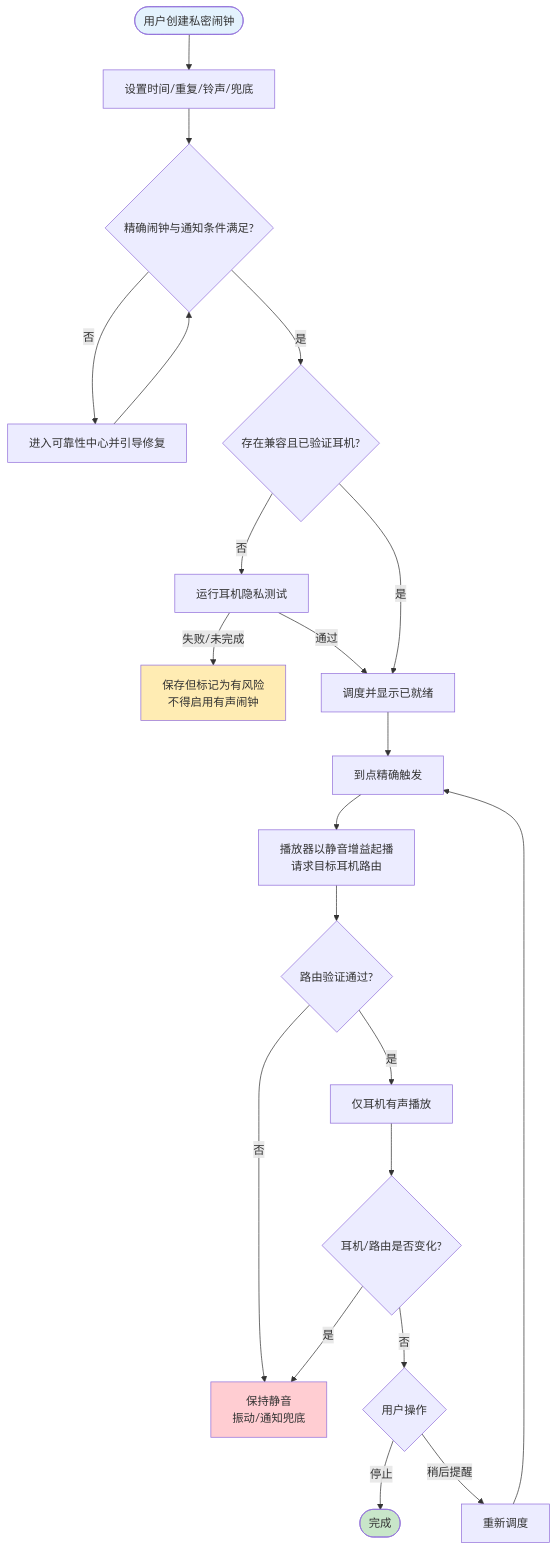
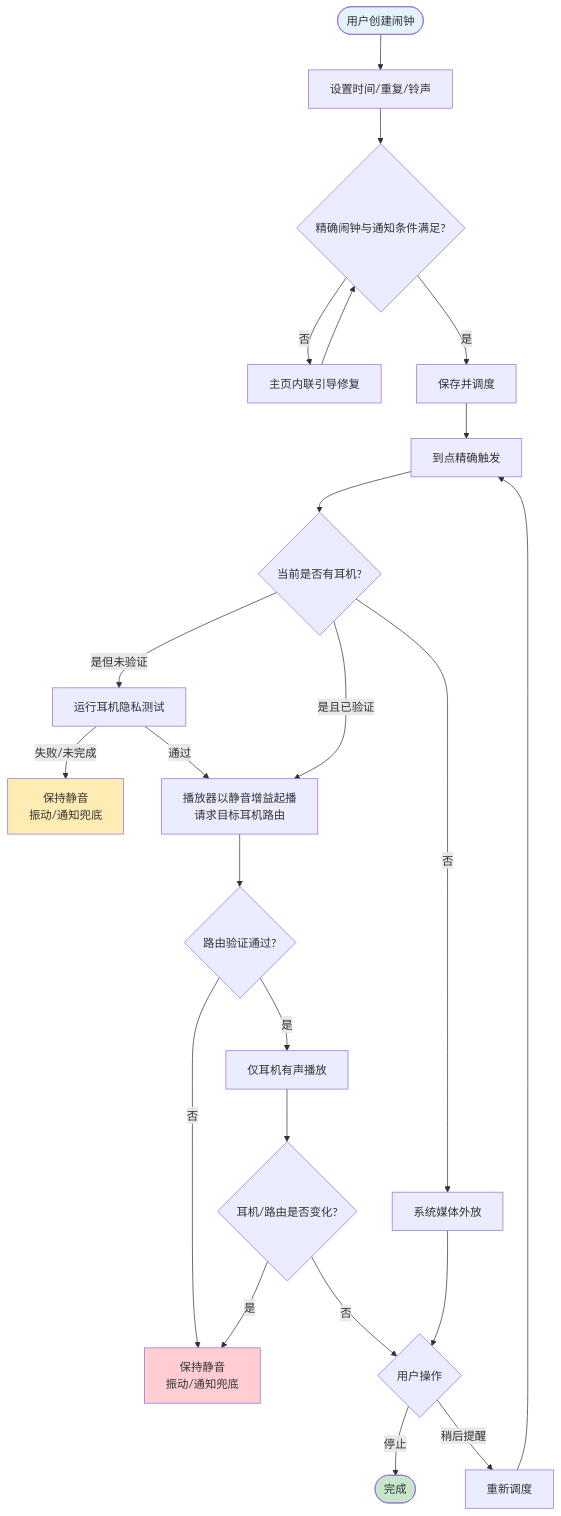
One commit to chenzhiyong1994/hush-wake changed the third of 5 diagrams in docs/hush-wake-prd.md. Above: the diagram before and after it, drawn with Mermaid. The commit also changed other lines of this file and 32 other files, not shown here.

````diff
--- a/docs/hush-wake-prd.md
+++ b/docs/hush-wake-prd.md
@@ -470,28 +451,31 @@
 ```mermaid
 flowchart TD
-    START([用户创建私密闹钟]) --> INPUT[设置时间/重复/铃声/兜底]
+    START([用户创建闹钟]) --> INPUT[设置时间/重复/铃声]
     INPUT --> CHECK{精确闹钟与通知条件满足?}
-    CHECK -->|否| GUIDE[进入可靠性中心并引导修复]
+    CHECK -->|否| GUIDE[主页内联引导修复]
     GUIDE --> CHECK
-    CHECK -->|是| DEVICE{存在兼容且已验证耳机?}
-    DEVICE -->|否| TEST[运行耳机隐私测试]
-    TEST -->|失败/未完成| BLOCK[保存但标记为有风险<br/>不得启用有声闹钟]
-    TEST -->|通过| SCHEDULE[调度并显示已就绪]
-    DEVICE -->|是| SCHEDULE
+    CHECK -->|是| SCHEDULE[保存并调度]
     SCHEDULE --> TRIGGER[到点精确触发]
-    TRIGGER --> SILENT[播放器以静音增益起播<br/>请求目标耳机路由]
+    TRIGGER --> DEVICE{当前是否有耳机?}
+    DEVICE -->|否| SPEAKER[系统媒体外放]
+    DEVICE -->|是但未验证| TEST[运行耳机隐私测试]
+    TEST -->|失败/未完成| BLOCK[保持静音<br/>振动/通知兜底]
+    TEST -->|通过| SILENT
+    DEVICE -->|是且已验证| SILENT
+    SILENT[播放器以静音增益起播<br/>请求目标耳机路由]
     SILENT --> ROUTE{路由验证通过?}
     ROUTE -->|是| RING[仅耳机有声播放]
     ROUTE -->|否| FAIL[保持静音<br/>振动/通知兜底]
     RING --> LOST{耳机/路由是否变化?}
     LOST -->|是| FAIL
     LOST -->|否| ACTION{用户操作}
     ACTION -->|停止| DONE([完成])
     ACTION -->|稍后提醒| SNOOZE[重新调度]
     SNOOZE --> TRIGGER
+    SPEAKER --> ACTION
 
     style START fill:#E3F2FD
     style DONE fill:#C8E6C9
     style BLOCK fill:#FFECB3
     style FAIL fill:#FFCDD2
 ```
````
